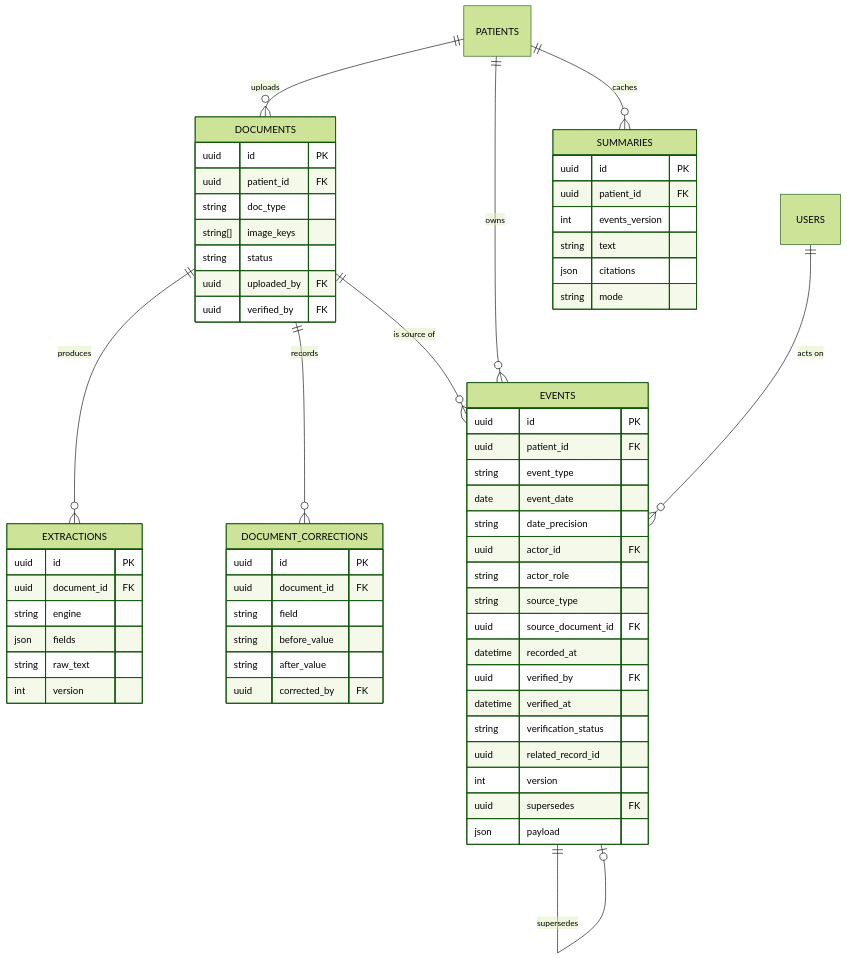
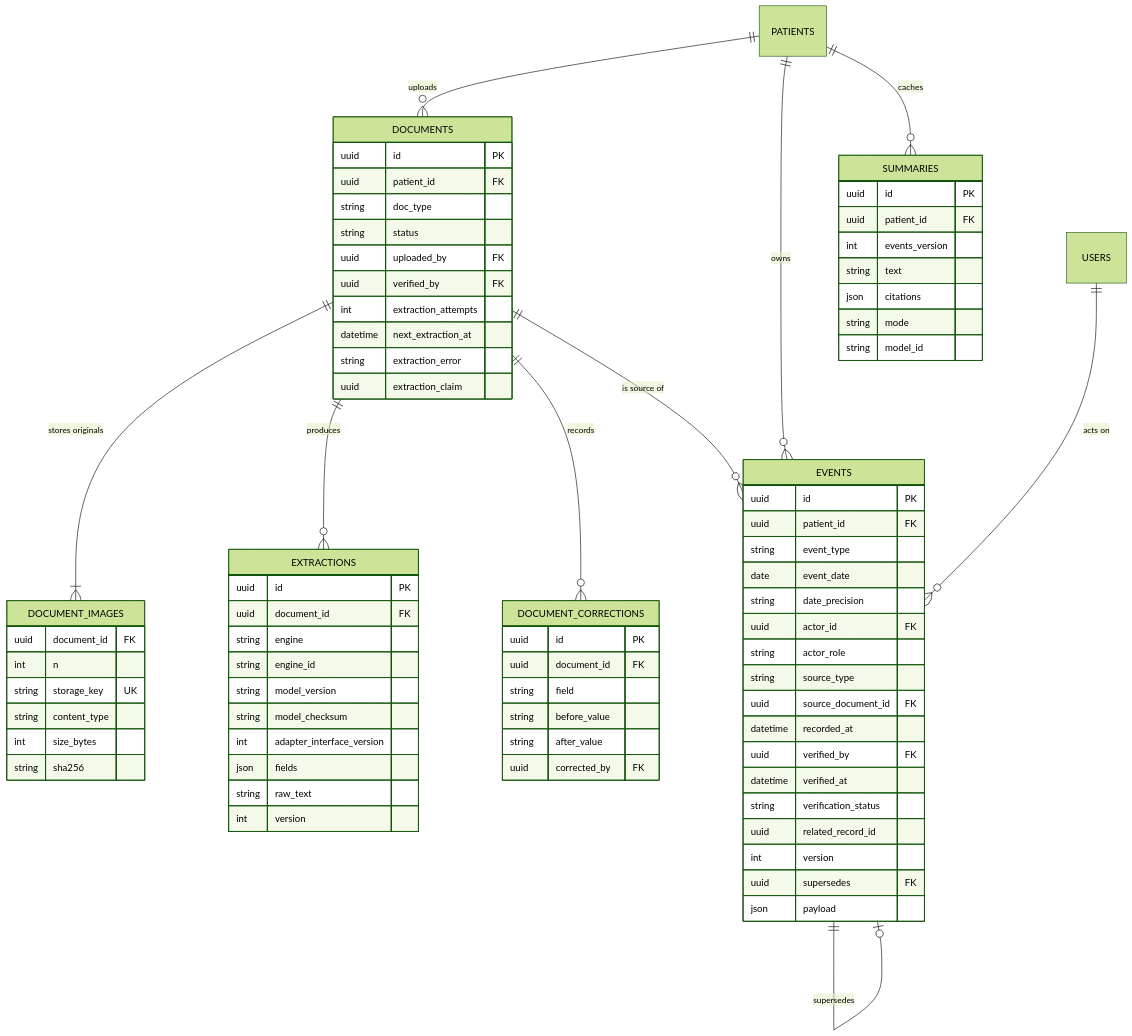
Diagram 27 of 32 in docs/FRD.md (sarwar-islam/swasthyoid), drawn with Mermaid (forest theme) before and after one commit. The commit also changed other lines of this file and 4 other files, not shown here.

````diff
--- a/docs/FRD.md
+++ b/docs/FRD.md
@@ -991,64 +1011,81 @@
 ```mermaid
 erDiagram
     PATIENTS ||--o{ DOCUMENTS : uploads
+    DOCUMENTS ||--|{ DOCUMENT_IMAGES : "stores originals"
     DOCUMENTS ||--o{ EXTRACTIONS : produces
     DOCUMENTS ||--o{ DOCUMENT_CORRECTIONS : records
     DOCUMENTS ||--o{ EVENTS : "is source of"
     PATIENTS ||--o{ EVENTS : owns
     USERS ||--o{ EVENTS : "acts on"
     EVENTS ||--o| EVENTS : supersedes
     PATIENTS ||--o{ SUMMARIES : caches
 
     DOCUMENTS {
         uuid id PK
         uuid patient_id FK
         string doc_type
-        string[] image_keys
         string status
         uuid uploaded_by FK
         uuid verified_by FK
+        int extraction_attempts
+        datetime next_extraction_at
+        string extraction_error
+        uuid extraction_claim
+    }
+    DOCUMENT_IMAGES {
+        uuid document_id FK
+        int n
+        string storage_key UK
+        string content_type
+        int size_bytes
+        string sha256
     }
     EXTRACTIONS {
         uuid id PK
         uuid document_id FK
         string engine
+        string engine_id
+        string model_version
+        string model_checksum
+        int adapter_interface_version
         json fields
         string raw_text
         int version
     }
     DOCUMENT_CORRECTIONS {
         uuid id PK
         uuid document_id FK
         string field
         string before_value
         string after_value
         uuid corrected_by FK
     }
     EVENTS {
         uuid id PK
         uuid patient_id FK
         string event_type
         date event_date
         string date_precision
         uuid actor_id FK
         string actor_role
         string source_type
         uuid source_document_id FK
         datetime recorded_at
         uuid verified_by FK
         datetime verified_at
         string verification_status
         uuid related_record_id
         int version
         uuid supersedes FK
         json payload
     }
     SUMMARIES {
         uuid id PK
         uuid patient_id FK
         int events_version
         string text
         json citations
         string mode
+        string model_id
     }
 ```
````
